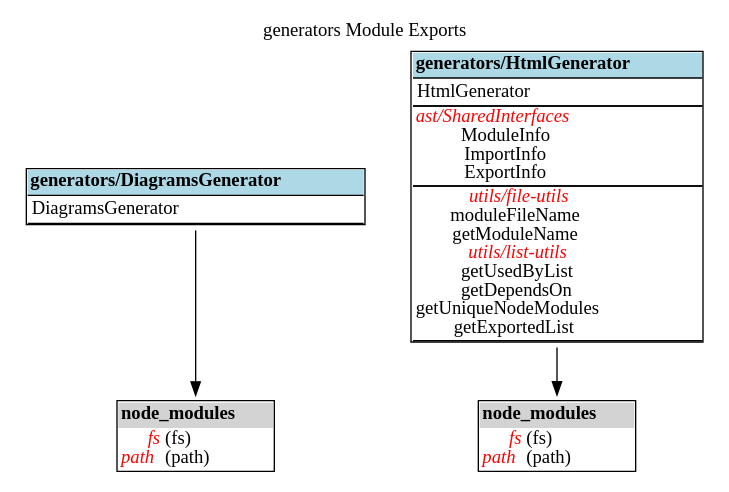
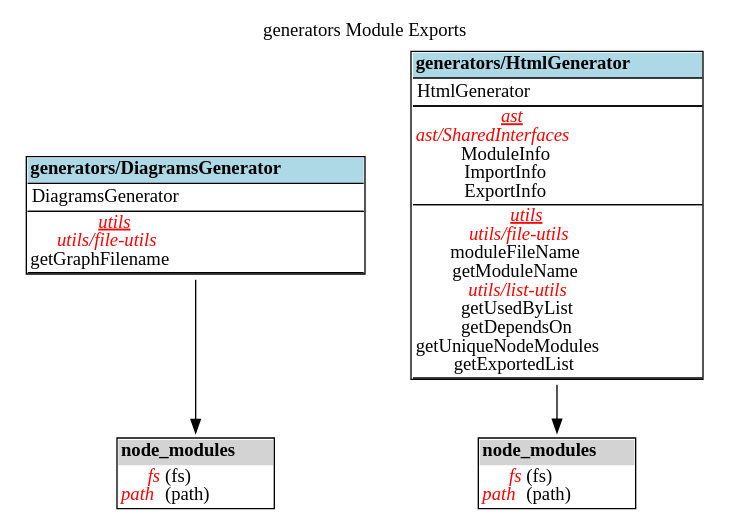
Before and after one commit to fleebe/GitHubPages: the diagram in dep-graph-ts/generators/ExportGraph.dot, drawn with Graphviz. The commit also changed 30 other files, not shown here.

Commit message:
Update docs for dep-graph-ts from fleebe/dep-graph-ts workflow

```diff
--- a/dep-graph-ts/generators/ExportGraph.dot
+++ b/dep-graph-ts/generators/ExportGraph.dot
@@ -1,47 +1,54 @@
 digraph {label="generators Module Exports";
 labelloc="t";
 "generators/DiagramsGenerator" [shape=none, label=<<TABLE cellspacing="0" cellborder="0" align="left">
 <TR><TD bgcolor="lightblue" align="center"><B>generators/DiagramsGenerator</B></TD></TR>
 <TR><TD BORDER="1" SIDES="TB" align="left">
 DiagramsGenerator<BR/>
+</TD></TR>
+<TR><TD BORDER="1" SIDES="TB" cellpadding="1" align="left" HREF="diagrams.html#utils" TARGET="_top">
+<font color="red"><I><U>utils</U></I></font><BR/>
+<font color="red"><I>utils/file-utils</I></font><BR/>
+getGraphFilename<BR/>
 </TD></TR>
 </TABLE>>];
 "generators/DiagramsGenerator-node_modules" [shape=none, label=<<TABLE cellspacing="0" cellborder="0" align="left">
 <TR><TD bgcolor="lightgrey" align="center"><B>node_modules</B></TD></TR>
 <TR><TD align="left">
 <font color="red"><I>fs</I></font> (fs)<BR/>
 <font color="red"><I>path</I></font> (path)<BR/>
 </TD></TR>
 </TABLE>>];
 "generators/DiagramsGenerator"->"generators/DiagramsGenerator-node_modules";
 "generators/HtmlGenerator" [shape=none, label=<<TABLE cellspacing="0" cellborder="0" align="left">
 <TR><TD bgcolor="lightblue" align="center"><B>generators/HtmlGenerator</B></TD></TR>
 <TR><TD BORDER="1" SIDES="TB" align="left">
 HtmlGenerator<BR/>
 </TD></TR>
-<TR><TD BORDER="1" SIDES="TB" cellpadding="1" align="left">
+<TR><TD BORDER="1" SIDES="TB" cellpadding="1" align="left" HREF="diagrams.html#ast" TARGET="_top">
+<font color="red"><I><U>ast</U></I></font><BR/>
 <font color="red"><I>ast/SharedInterfaces</I></font><BR/>
 ModuleInfo<BR/>
 ImportInfo<BR/>
 ExportInfo<BR/>
 </TD></TR>
-<TR><TD BORDER="1" SIDES="TB" cellpadding="1" align="left">
+<TR><TD BORDER="1" SIDES="TB" cellpadding="1" align="left" HREF="diagrams.html#utils" TARGET="_top">
+<font color="red"><I><U>utils</U></I></font><BR/>
 <font color="red"><I>utils/file-utils</I></font><BR/>
 moduleFileName<BR/>
 getModuleName<BR/>
 <font color="red"><I>utils/list-utils</I></font><BR/>
 getUsedByList<BR/>
 getDependsOn<BR/>
 getUniqueNodeModules<BR/>
 getExportedList<BR/>
 </TD></TR>
 </TABLE>>];
 "generators/HtmlGenerator-node_modules" [shape=none, label=<<TABLE cellspacing="0" cellborder="0" align="left">
 <TR><TD bgcolor="lightgrey" align="center"><B>node_modules</B></TD></TR>
 <TR><TD align="left">
 <font color="red"><I>fs</I></font> (fs)<BR/>
 <font color="red"><I>path</I></font> (path)<BR/>
 </TD></TR>
 </TABLE>>];
 "generators/HtmlGenerator"->"generators/HtmlGenerator-node_modules";
 }
```
